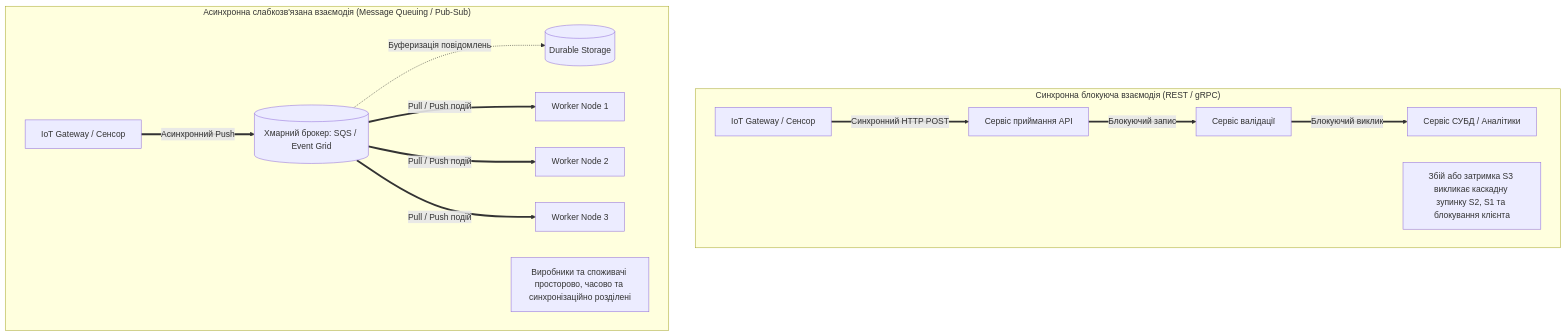
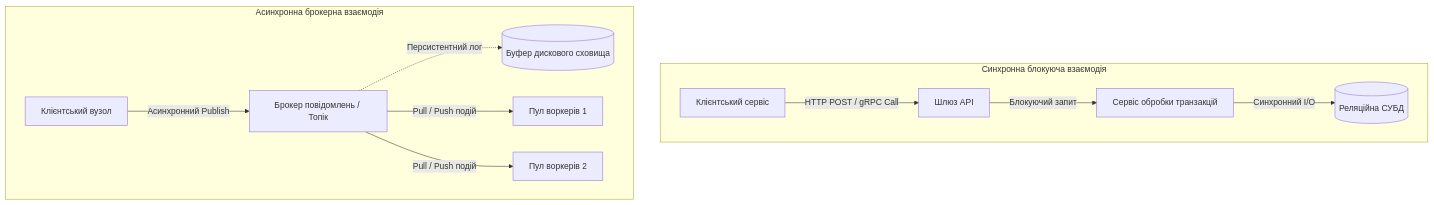
One commit to KyryloVadurin/cloud-technologies changed the first of 5 diagrams in docs/lk/lk4.md. Above: the diagram before and after it, drawn with Mermaid. The commit also changed other lines of this file, not shown here.

````diff
--- a/docs/lk/lk4.md
+++ b/docs/lk/lk4.md
@@ -23,18 +42,15 @@
 ```mermaid
 flowchart TD
-    subgraph SyncArch ["Синхронна блокуюча взаємодія (REST / gRPC)"]
-        Client1[IoT Gateway / Сенсор] ==>|Синхронний HTTP POST| S1[Сервіс приймання API]
-        S1 ==>|Блокуючий запис| S2[Сервіс валідації]
-        S2 ==>|Блокуючий виклик| S3[Сервіс СУБД / Аналітики]
-        Note1[Збій або затримка S3 викликає каскадну зупинку S2, S1 та блокування клієнта]
+    subgraph SynchronousModel [Синхронна блокуюча взаємодія]
+        A[Клієнтський сервіс] -->|HTTP POST / gRPC Call| B[Шлюз API]
+        B -->|Блокуючий запит| C[Сервіс обробки транзакцій]
+        C -->|Синхронний I/O| D[(Реляційна СУБД)]
     end
 
-    subgraph AsyncArch ["Асинхронна слабкозв'язана взаємодія (Message Queuing / Pub-Sub)"]
-        Client2[IoT Gateway / Сенсор] ==>|Асинхронний Push| Broker[(Хмарний брокер: SQS / Event Grid)]
-        Broker -.->|Буферизація повідомлень| Q[(Durable Storage)]
-        Broker ==>|Pull / Push подій| W1[Worker Node 1]
-        Broker ==>|Pull / Push подій| W2[Worker Node 2]
-        Broker ==>|Pull / Push подій| W3[Worker Node 3]
-        Note2[Виробники та споживачі просторово, часово та синхронізаційно розділені]
+    subgraph AsynchronousModel [Асинхронна брокерна взаємодія]
+        E[Клієнтський вузол] -->|Асинхронний Publish| F[Брокер повідомлень / Топік]
+        F -.->|Персистентний лог| G[(Буфер дискового сховища)]
+        F -->|Pull / Push подій| H[Пул воркерів 1]
+        F -->|Pull / Push подій| I[Пул воркерів 2]
     end
 ```
````
